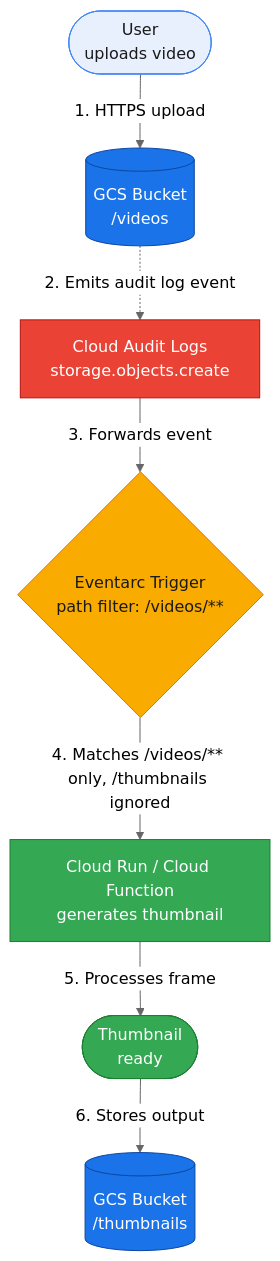
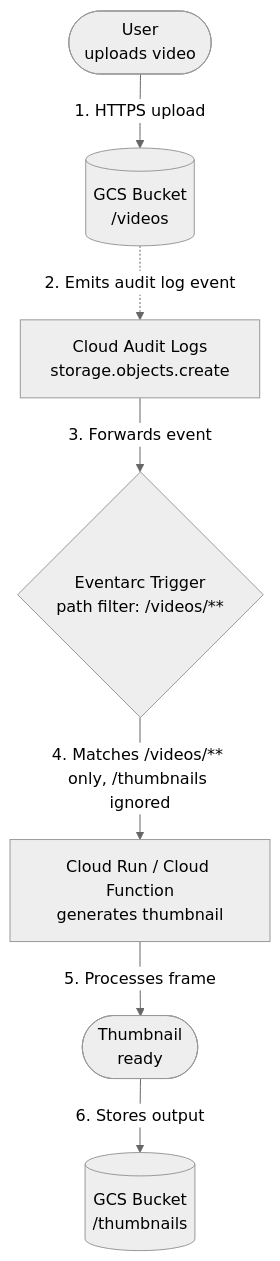
Before and after one commit to Rohit1024/portfolio: the diagram in src/content/blog/gcs-eventarc-path-filtering/index.mdx, drawn with Mermaid (neutral theme). The commit also changed other lines of this file, not shown here.

Commit message:
Update src/content/blog/gcs-eventarc-path-filtering

````diff
--- a/src/content/blog/gcs-eventarc-path-filtering/index.mdx
+++ b/src/content/blog/gcs-eventarc-path-filtering/index.mdx
@@ -75,31 +83,23 @@
 ```mermaid
 graph TD
     User(["User<br/>uploads video"])
 
     GCS_Videos[("GCS Bucket<br/>/videos")]
 
     AuditLogs["Cloud Audit Logs<br/>storage.objects.create"]
 
     Eventarc{"Eventarc Trigger<br/>path filter: /videos/**"}
 
     Compute["Cloud Run / Cloud Function<br/>generates thumbnail"]
 
     Thumb(["Thumbnail<br/>ready"])
 
     GCS_Thumbs[("GCS Bucket<br/>/thumbnails")]
 
     User -->|"1. HTTPS upload"| GCS_Videos
     GCS_Videos -.->|"2. Emits audit log event"| AuditLogs
     AuditLogs -->|"3. Forwards event"| Eventarc
     Eventarc -->|"4. Matches /videos/** only, /thumbnails ignored"| Compute
     Compute -->|"5. Processes frame"| Thumb
     Thumb -->|"6. Stores output"| GCS_Thumbs
-
-    style GCS_Videos  fill:#1A73E8,stroke:#0D47A1,color:#fff
-    style GCS_Thumbs  fill:#1A73E8,stroke:#0D47A1,color:#fff
-    style AuditLogs   fill:#EA4335,stroke:#B31412,color:#fff
-    style Eventarc    fill:#F9AB00,stroke:#E37400,color:#1a1a1a
-    style Compute     fill:#34A853,stroke:#1E7E34,color:#fff
-    style Thumb       fill:#34A853,stroke:#1E7E34,color:#fff
-    style User        fill:#E8F0FE,stroke:#4285F4,color:#1a1a1a
 ```
````
